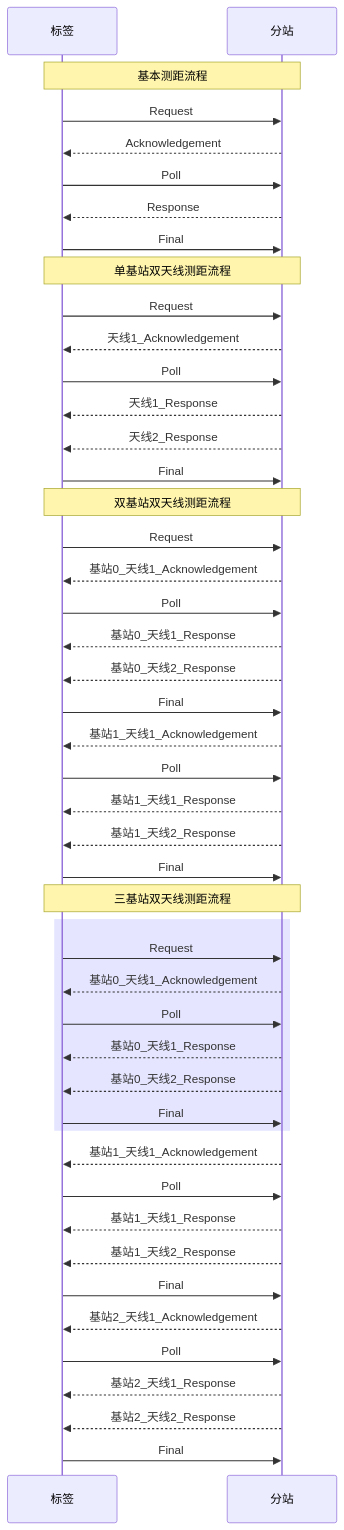
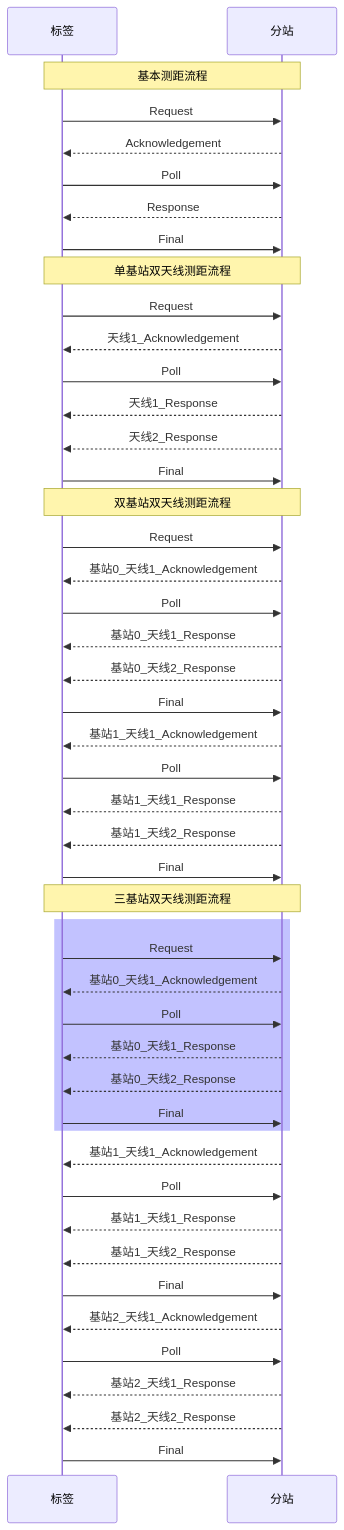
Before and after one commit to geek-zhao/iodraw-files: the diagram in all/未命名.md, drawn with Mermaid.

Commit message:
2024-08-17 14:19:12 update

````diff
--- a/all/未命名.md
+++ b/all/未命名.md
@@ -1,53 +1,53 @@
 ```mermaid
 sequenceDiagram
     participant tag as 标签
     participant anchor as 分站
 
     Note over tag,anchor: 基本测距流程
     tag->>anchor: Request
     anchor-->>tag: Acknowledgement
     tag->>anchor: Poll
     anchor-->>tag: Response
     tag->>anchor: Final       
 
     Note over tag,anchor: 单基站双天线测距流程
     tag->>anchor: Request
     anchor-->>tag: 天线1_Acknowledgement
     tag->>anchor: Poll
     anchor-->>tag: 天线1_Response 
     anchor-->>tag: 天线2_Response
     tag->>anchor: Final   
 
     Note over tag,anchor: 双基站双天线测距流程
     tag->>anchor: Request
     anchor-->>tag: 基站0_天线1_Acknowledgement
     tag->>anchor: Poll
     anchor-->>tag: 基站0_天线1_Response 
     anchor-->>tag: 基站0_天线2_Response
     tag->>anchor: Final   
     anchor-->>tag: 基站1_天线1_Acknowledgement
     tag->>anchor: Poll
     anchor-->>tag: 基站1_天线1_Response 
     anchor-->>tag: 基站1_天线2_Response
     tag->>anchor: Final   
 
     Note over tag,anchor: 三基站双天线测距流程
-    rect rgba(0, 0, 255, .10)
+    rect rgba(0, 0, 255, .24)
     tag->>anchor: Request
     anchor-->>tag: 基站0_天线1_Acknowledgement
     tag->>anchor: Poll
     anchor-->>tag: 基站0_天线1_Response 
     anchor-->>tag: 基站0_天线2_Response
     tag->>anchor: Final   
     end
     anchor-->>tag: 基站1_天线1_Acknowledgement
     tag->>anchor: Poll
     anchor-->>tag: 基站1_天线1_Response 
     anchor-->>tag: 基站1_天线2_Response
     tag->>anchor: Final   
     anchor-->>tag: 基站2_天线1_Acknowledgement
     tag->>anchor: Poll
     anchor-->>tag: 基站2_天线1_Response 
     anchor-->>tag: 基站2_天线2_Response
     tag->>anchor: Final   
 ```
````
